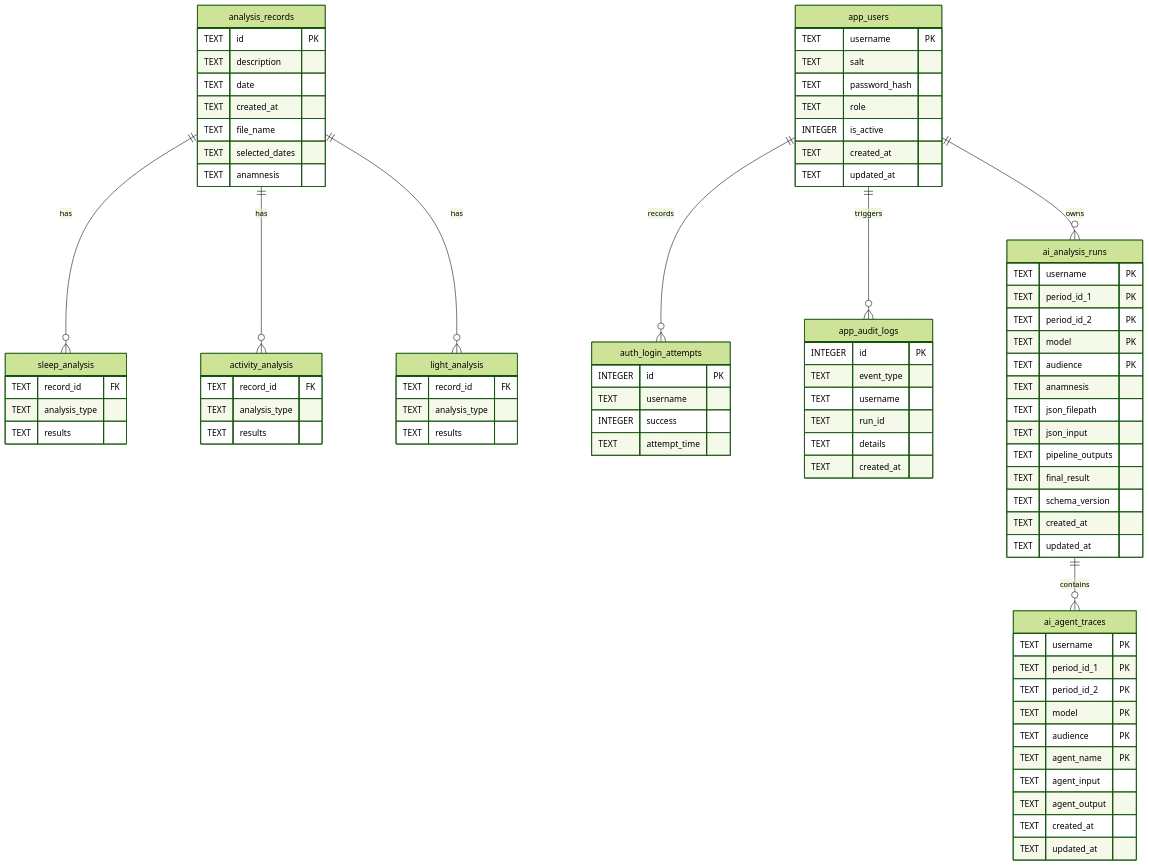
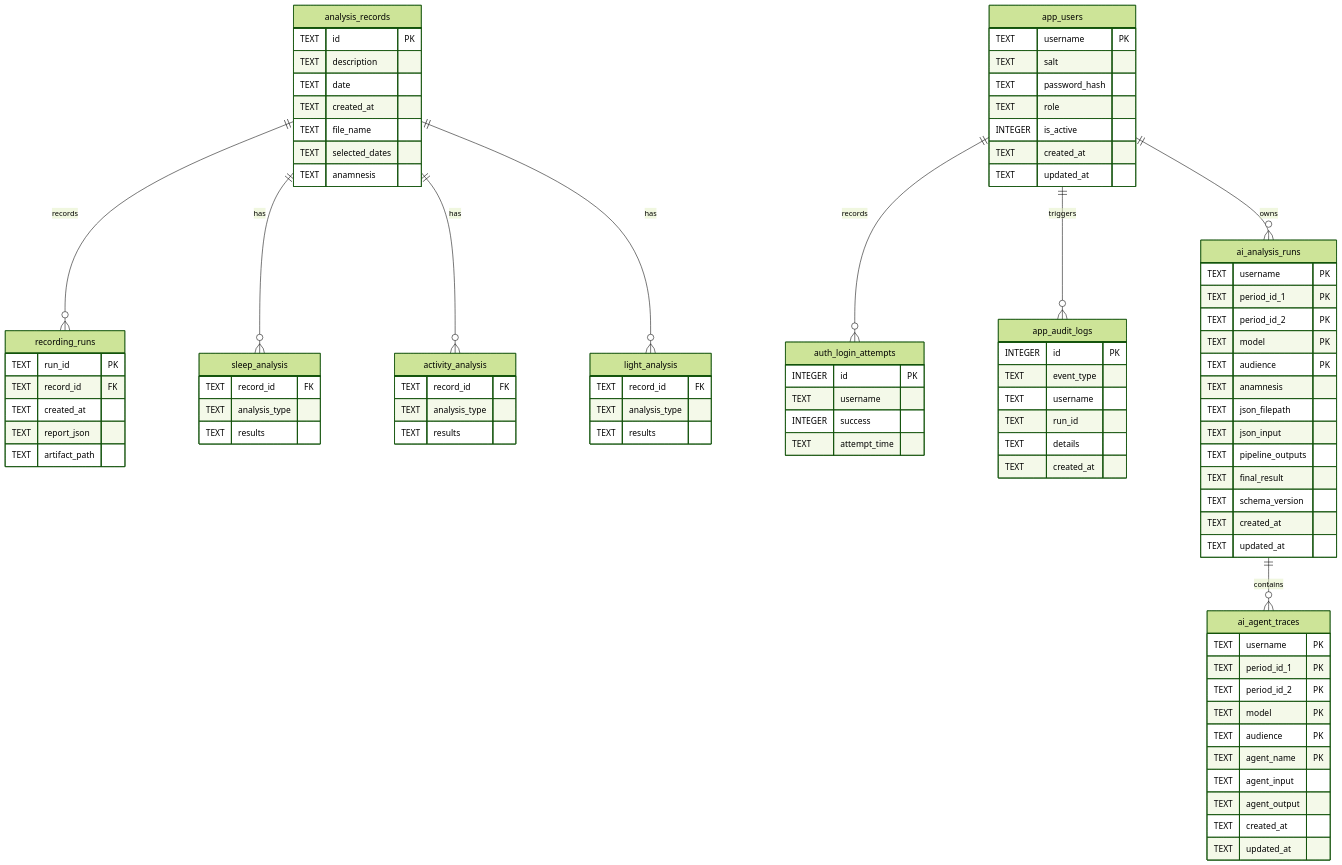
The diagram in docs/DATABASE_SCHEMA.md (arahjou/APP_CIRCADIAN_MEDICINE), drawn with Mermaid (forest theme) before and after one commit. The commit also changed other lines of this file and 34 other files, not shown here.

````diff
--- a/docs/DATABASE_SCHEMA.md
+++ b/docs/DATABASE_SCHEMA.md
@@ -8,5 +8,6 @@
 ```mermaid
 erDiagram
+    analysis_records ||--o{ recording_runs : records
     analysis_records ||--o{ sleep_analysis : has
     analysis_records ||--o{ activity_analysis : has
     analysis_records ||--o{ light_analysis : has
@@ -25,6 +26,14 @@
         TEXT file_name
         TEXT selected_dates
         TEXT anamnesis
+    }
+
+    recording_runs {
+        TEXT run_id PK
+        TEXT record_id FK
+        TEXT created_at
+        TEXT report_json
+        TEXT artifact_path
     }
 
     sleep_analysis {
````
